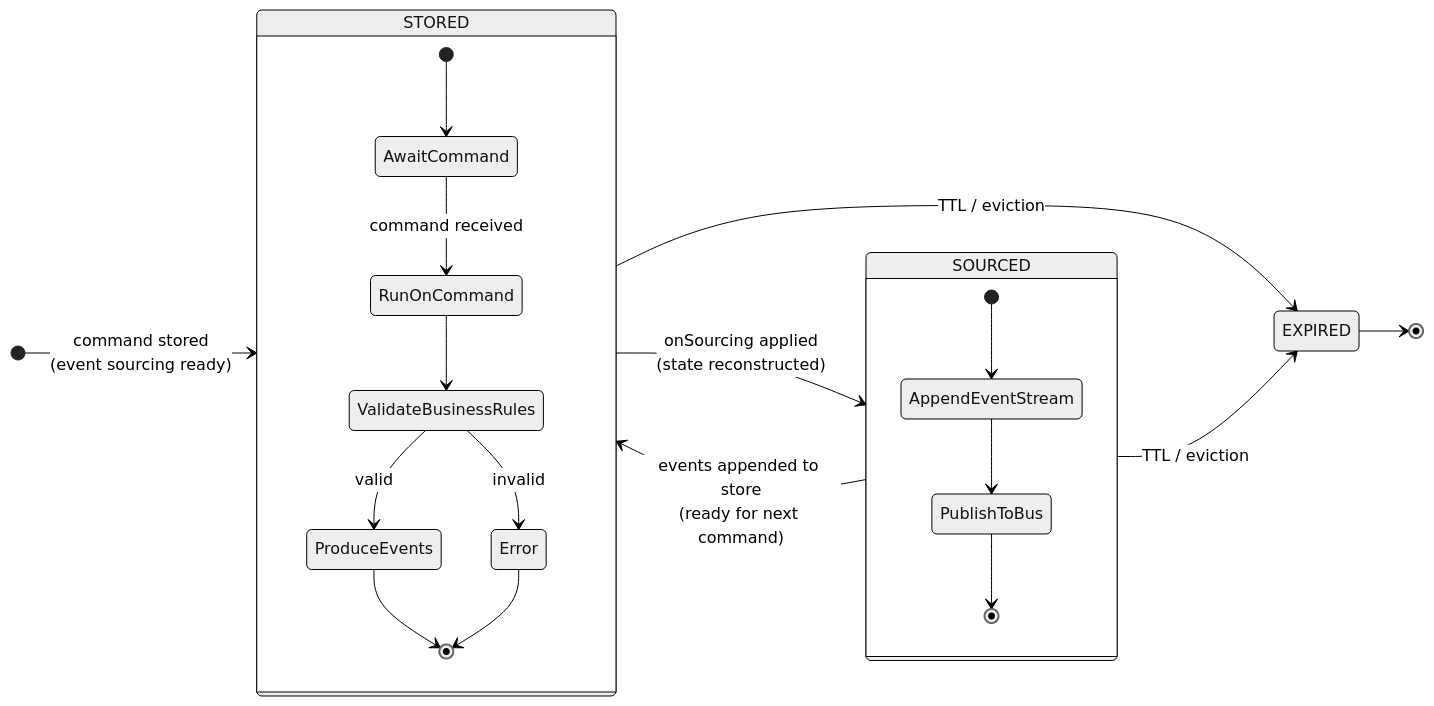
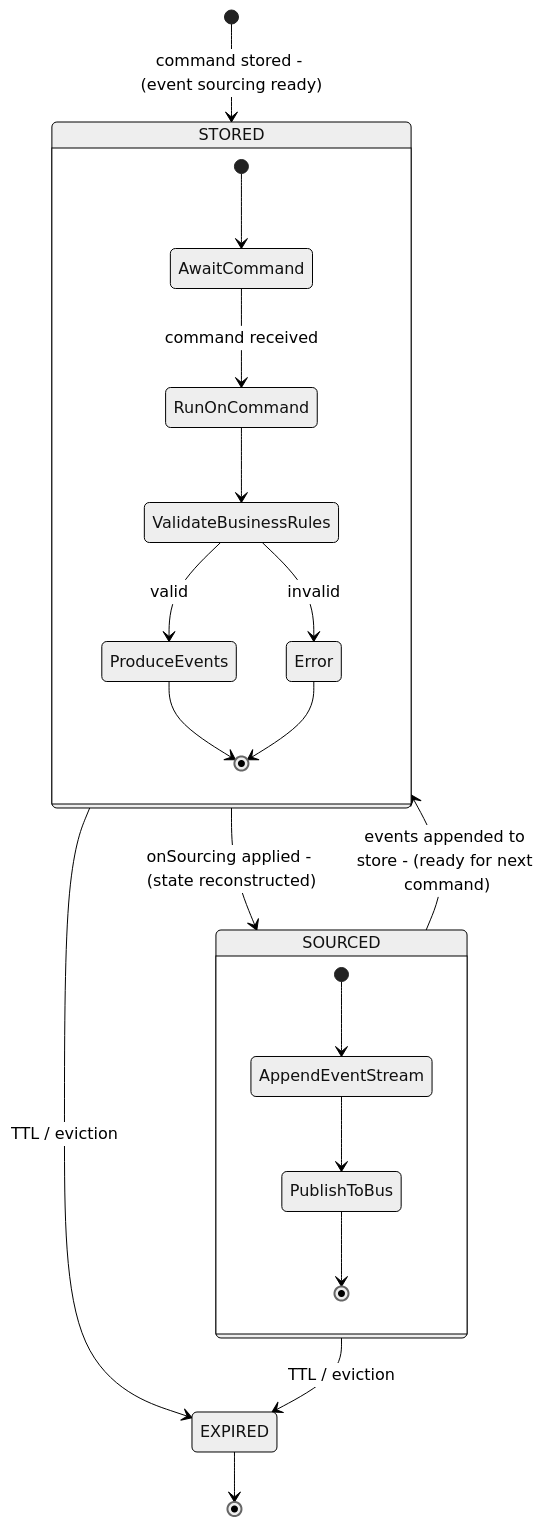
One commit to Ahoo-Wang/Wow changed the fifth of 9 diagrams in documentation/docs/en/onboarding/contributor-guide.md. Above: the diagram before and after it, drawn with Mermaid (neutral theme). The commit also changed 7 other files, not shown here.

First line of the commit message:
docs: fix stateDiagram-v2 Mermaid rendering errors

````diff
--- a/documentation/docs/en/onboarding/contributor-guide.md
+++ b/documentation/docs/en/onboarding/contributor-guide.md
@@ -323,26 +323,25 @@
 ```mermaid
 stateDiagram-v2
-    direction LR
 
-    [*] --> STORED: command stored<br>(event sourcing ready)
-    STORED --> SOURCED: onSourcing applied<br>(state reconstructed)
-    SOURCED --> STORED: events appended to store<br>(ready for next command)
+    [*] --> STORED: command stored - (event sourcing ready)
+    STORED --> SOURCED: onSourcing applied - (state reconstructed)
+    SOURCED --> STORED: events appended to store - (ready for next command)
     STORED --> EXPIRED: TTL / eviction
     SOURCED --> EXPIRED: TTL / eviction
     EXPIRED --> [*]
 
     state STORED {
         [*] --> AwaitCommand
         AwaitCommand --> RunOnCommand: command received
         RunOnCommand --> ValidateBusinessRules
         ValidateBusinessRules --> ProduceEvents: valid
         ValidateBusinessRules --> Error: invalid
         ProduceEvents --> [*]
         Error --> [*]
     }
     state SOURCED {
         [*] --> AppendEventStream
         AppendEventStream --> PublishToBus
         PublishToBus --> [*]
     }
 ```
````
